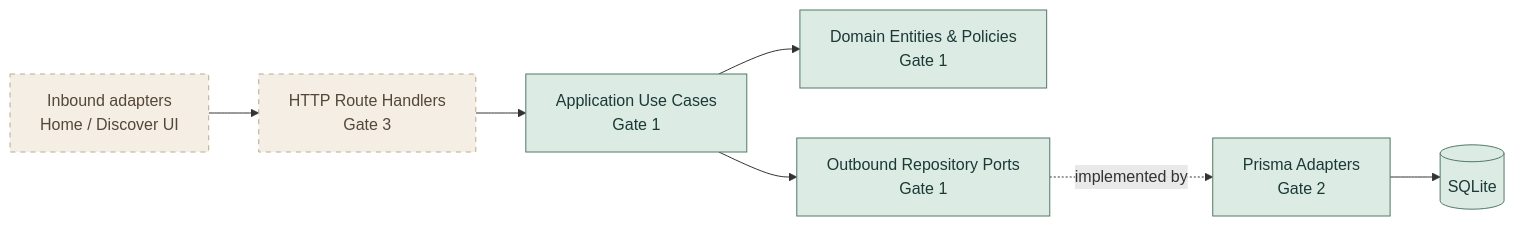
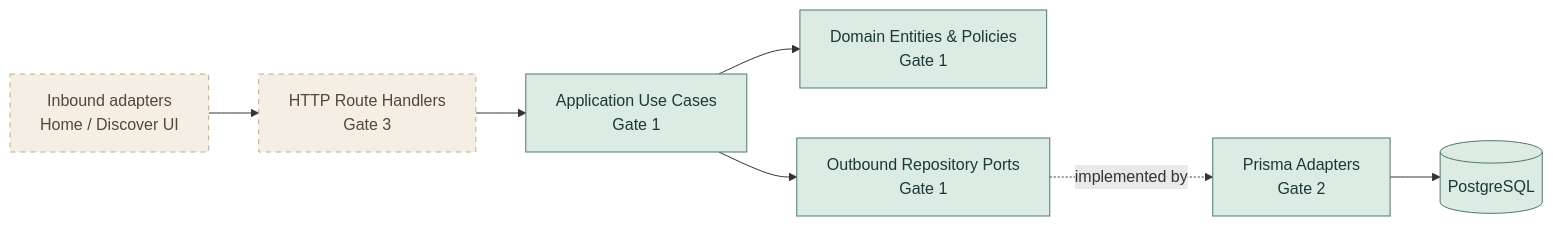
Before and after one commit to Manjeet2684/Yugora: the diagram in docs/diagrams/architecture.mmd, drawn with Mermaid.

Commit message:
docs: update architecture references for PostgreSQL (docs/diagrams/architecture.mmd)

```diff
--- a/docs/diagrams/architecture.mmd
+++ b/docs/diagrams/architecture.mmd
@@ -1,12 +1,12 @@
 %% Copyright (c) 2026 Manjeet2684. All rights reserved.
 flowchart LR
   UI[Inbound adapters<br/>Home / Discover UI] --> HTTP[HTTP Route Handlers<br/>Gate 3]
   HTTP --> APP[Application Use Cases<br/>Gate 1]
   APP --> DOMAIN[Domain Entities & Policies<br/>Gate 1]
   APP --> PORTS[Outbound Repository Ports<br/>Gate 1]
   PORTS -. implemented by .-> ADAPTERS[Prisma Adapters<br/>Gate 2]
-  ADAPTERS --> DB[(SQLite)]
+  ADAPTERS --> DB[(PostgreSQL)]
   classDef current fill:#dcebe3,stroke:#527867,color:#1b3936
   classDef future fill:#f4eee5,stroke:#bca98e,color:#544737,stroke-dasharray:5 5
   class APP,DOMAIN,PORTS,ADAPTERS,DB current
   class UI,HTTP future
```
